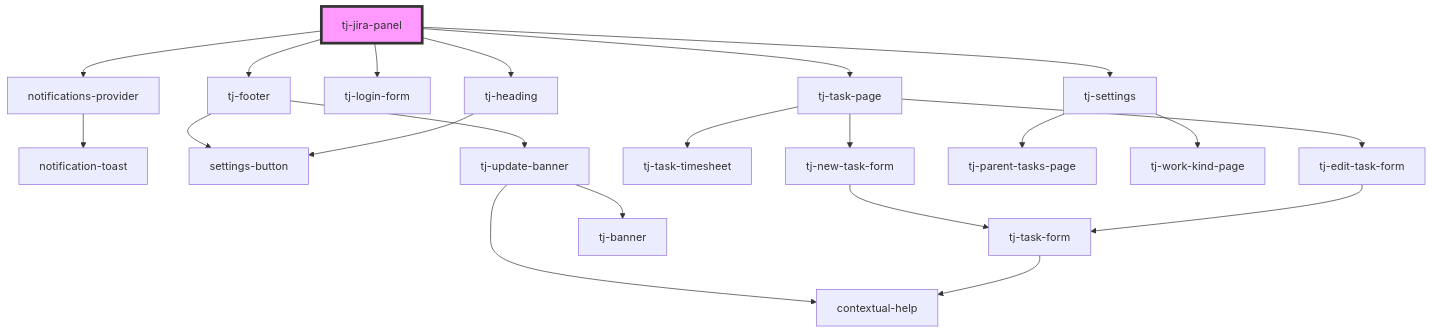
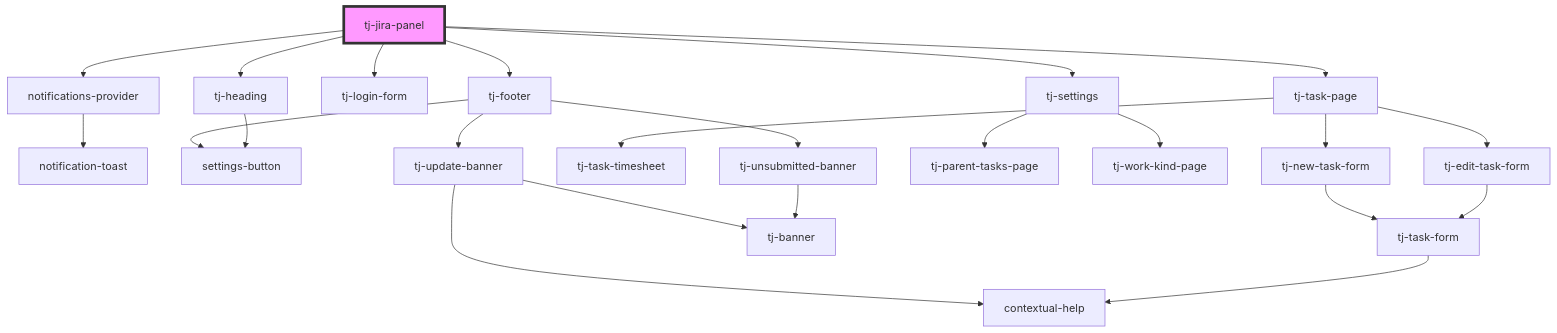
Before and after one commit to davids-ensemble/tj-jira-panel: the diagram in src/components/tj-jira-panel/readme.md, drawn with Mermaid. The commit also changed 8 other files, not shown here.

Commit message:
refactor: change unsubmitted banner to use tj-banner

````diff
--- a/src/components/tj-jira-panel/readme.md
+++ b/src/components/tj-jira-panel/readme.md
@@ -31,24 +31,26 @@
 ```mermaid
 graph TD;
   tj-jira-panel --> notifications-provider
   tj-jira-panel --> tj-heading
   tj-jira-panel --> tj-login-form
   tj-jira-panel --> tj-task-page
   tj-jira-panel --> tj-settings
   tj-jira-panel --> tj-footer
   notifications-provider --> notification-toast
   tj-heading --> settings-button
   tj-task-page --> tj-edit-task-form
   tj-task-page --> tj-task-timesheet
   tj-task-page --> tj-new-task-form
   tj-edit-task-form --> tj-task-form
   tj-task-form --> contextual-help
   tj-new-task-form --> tj-task-form
   tj-settings --> tj-parent-tasks-page
   tj-settings --> tj-work-kind-page
   tj-footer --> settings-button
+  tj-footer --> tj-unsubmitted-banner
   tj-footer --> tj-update-banner
+  tj-unsubmitted-banner --> tj-banner
   tj-update-banner --> tj-banner
   tj-update-banner --> contextual-help
   style tj-jira-panel fill:#f9f,stroke:#333,stroke-width:4px
 ```
````
